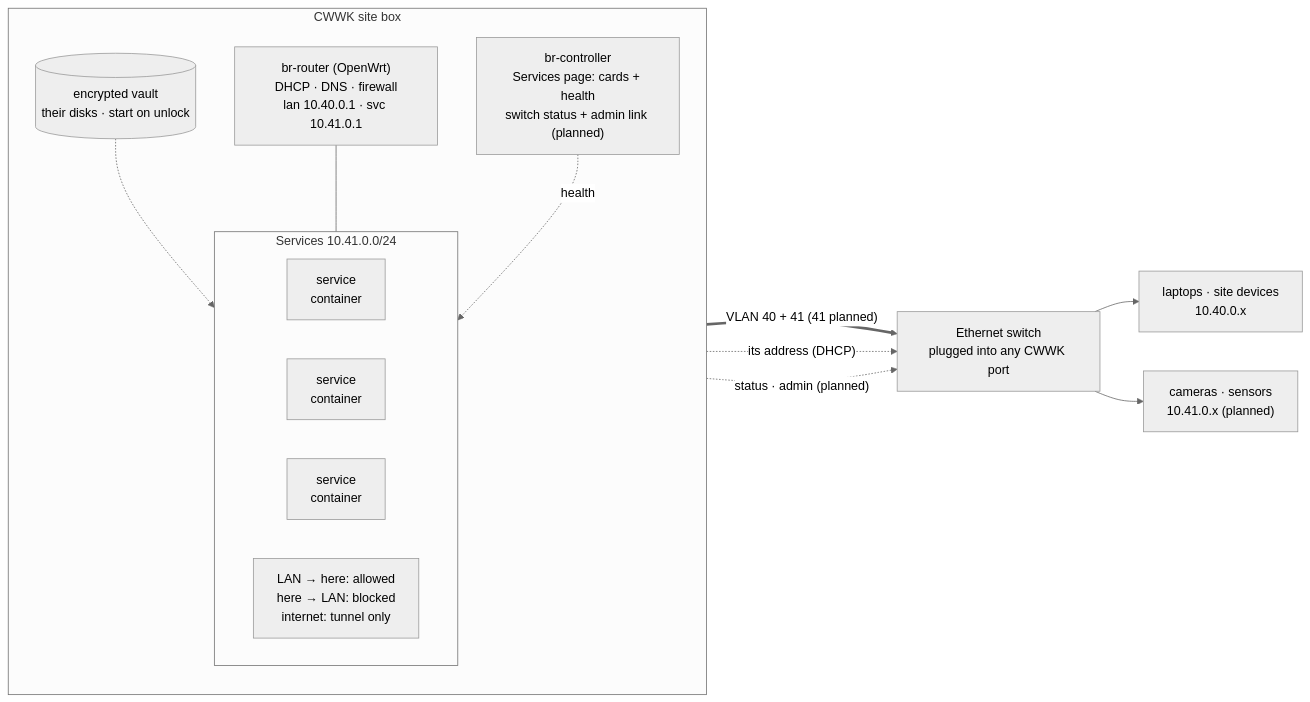
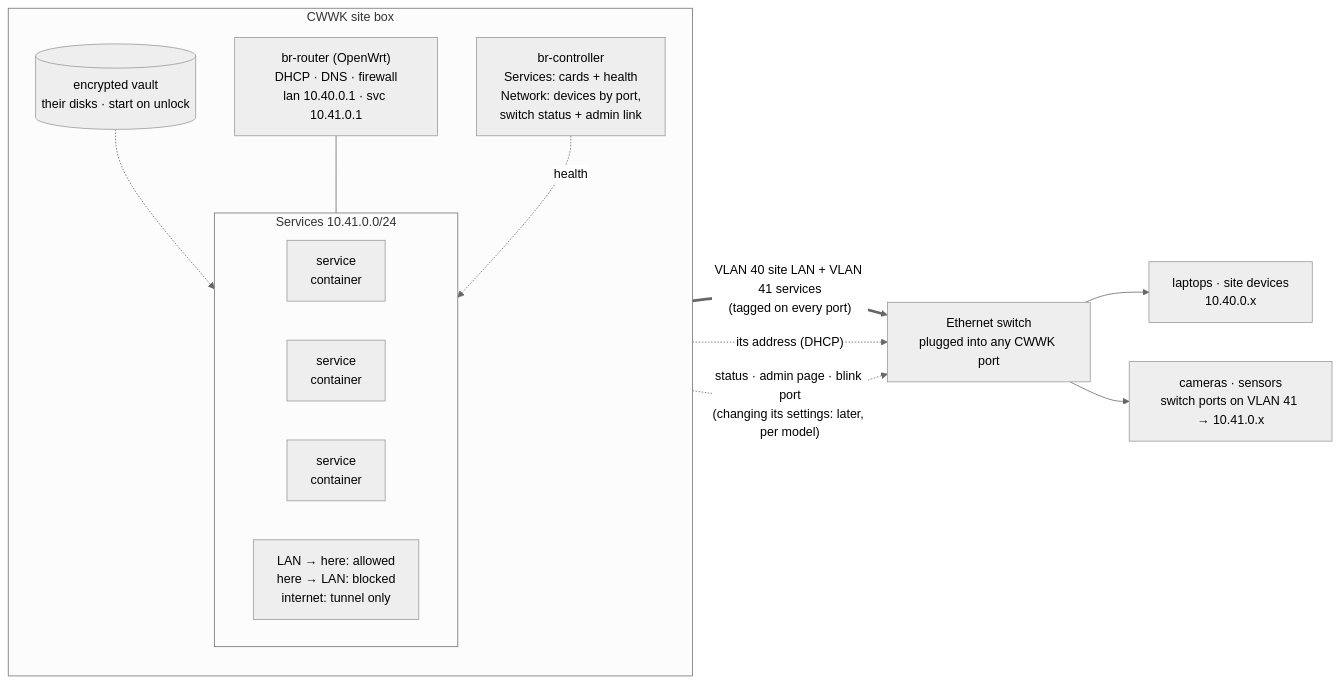
Diagram 13 of 13 in survivability/multipath/docs/diagrams.md (JakeTheSnake0245/black-relay-2026), drawn with Mermaid (neutral theme) before and after one commit. The commit also changed other lines of this file and 18 other files, not shown here.

First line of the commit message:
CWWK: services VLAN on every port, switch support in the controller

````diff
--- a/survivability/multipath/docs/diagrams.md
+++ b/survivability/multipath/docs/diagrams.md
@@ -251,25 +251,25 @@
 ```mermaid
 flowchart LR
   subgraph CWWK["CWWK site box"]
     direction TB
-    CTL["br-controller<br/>Services page: cards + health<br/>switch status + admin link (planned)"]
+    CTL["br-controller<br/>Services: cards + health<br/>Network: devices by port,<br/>switch status + admin link"]
     RT["br-router (OpenWrt)<br/>DHCP · DNS · firewall<br/>lan 10.40.0.1 · svc 10.41.0.1"]
     subgraph SVC["Services 10.41.0.0/24"]
       direction LR
       S1["service<br/>container"]
       S2["service<br/>container"]
       S3["service<br/>container"]
       FW["LAN → here: allowed<br/>here → LAN: blocked<br/>internet: tunnel only"]
     end
     V[("encrypted vault<br/>their disks · start on unlock")]
     V -.-> SVC
     RT --- SVC
     CTL -. "health" .-> SVC
   end
   SW["Ethernet switch<br/>plugged into any CWWK port"]
-  RT == "VLAN 40 + 41 (41 planned)" ==> SW
+  RT == "VLAN 40 site LAN + VLAN 41 services<br/>(tagged on every port)" ==> SW
   SW --> D1["laptops · site devices<br/>10.40.0.x"]
-  SW --> D2["cameras · sensors<br/>10.41.0.x (planned)"]
+  SW --> D2["cameras · sensors<br/>switch ports on VLAN 41 → 10.41.0.x"]
   RT -. "its address (DHCP)" .-> SW
-  CTL -. "status · admin (planned)" .-> SW
+  CTL -. "status · admin page · blink port<br/>(changing its settings: later, per model)" .-> SW
 ```
````
